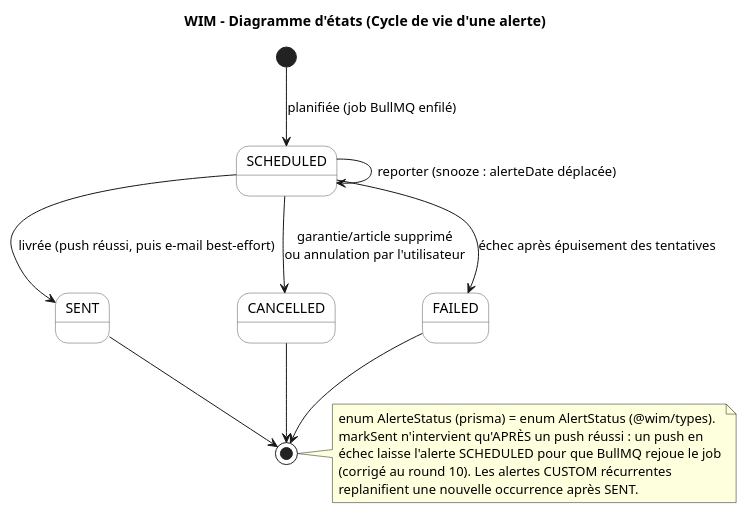
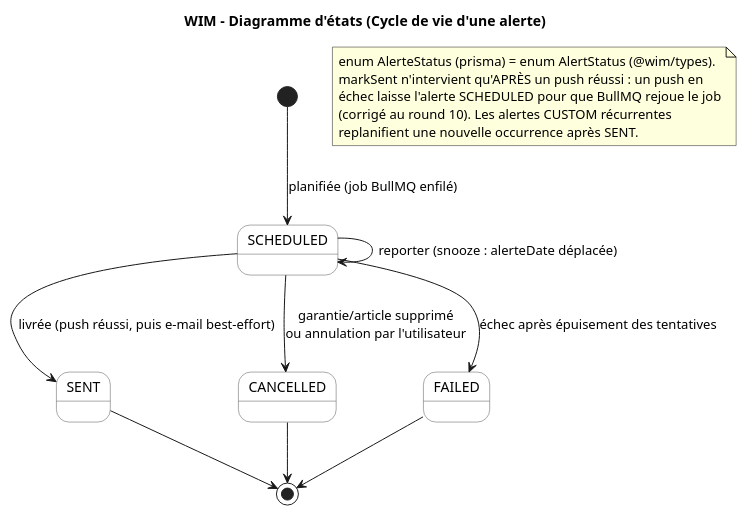
The diagram in docs/uml/08-state-alerte.puml (SGCSBorges/WIM), drawn with PlantUML before and after one commit. The commit also changed 15 other files, not shown here.

First line of the commit message:
docs(uml): render diagrams to committed SVGs + embed inline

```diff
--- a/docs/uml/08-state-alerte.puml
+++ b/docs/uml/08-state-alerte.puml
@@ -1,27 +1,27 @@
 @startuml
 title WIM – Diagramme d'états (Cycle de vie d'une alerte)
 
 skinparam state {
   BackgroundColor #ffffff
   BorderColor #555555
 }
 
 [*] --> SCHEDULED : planifiée (job BullMQ enfilé)
 
 SCHEDULED --> SCHEDULED : reporter (snooze : alerteDate déplacée)
 SCHEDULED --> SENT : livrée (push réussi, puis e-mail best-effort)
 SCHEDULED --> CANCELLED : garantie/article supprimé\nou annulation par l'utilisateur
 SCHEDULED --> FAILED : échec après épuisement des tentatives
 
 SENT --> [*]
 CANCELLED --> [*]
 FAILED --> [*]
 
-note right
+note as N1
 enum AlerteStatus (prisma) = enum AlertStatus (@wim/types).
 markSent n'intervient qu'APRÈS un push réussi : un push en
 échec laisse l'alerte SCHEDULED pour que BullMQ rejoue le job
 (corrigé au round 10). Les alertes CUSTOM récurrentes
 replanifient une nouvelle occurrence après SENT.
 end note
 @enduml
```
